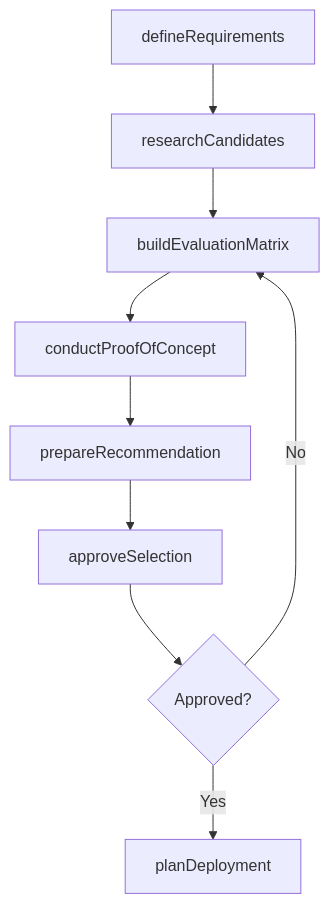
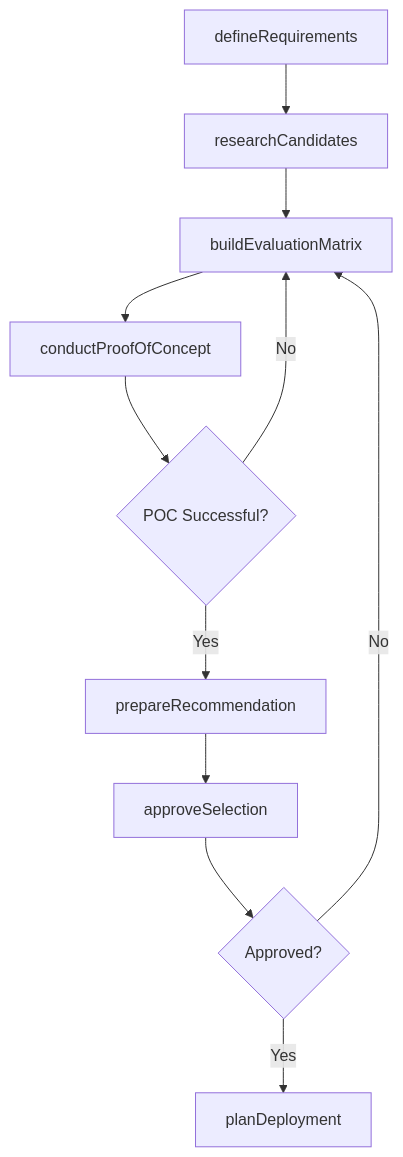
Before and after one commit to dot-org-ai/tasks.org.ai: the third of 4 diagrams in MakingDecisionsAndSolvingProblems/SelectMaterialsOrEquipmentForOperationsOrProjects/SelectToolsEquipmentTechnologiesUse.mdx, drawn with Mermaid. The commit also changed other lines of this file and 71 other files, not shown here.

Commit message:
feat: Add ER diagrams, state diagrams to 72 more DWA task files (wave 2 continued)

````diff
--- a/MakingDecisionsAndSolvingProblems/SelectMaterialsOrEquipmentForOperationsOrProjects/SelectToolsEquipmentTechnologiesUse.mdx
+++ b/MakingDecisionsAndSolvingProblems/SelectMaterialsOrEquipmentForOperationsOrProjects/SelectToolsEquipmentTechnologiesUse.mdx
@@ -86,11 +113,13 @@
 ```mermaid
 graph TD
     A[defineRequirements] --> B[researchCandidates]
     B --> C[buildEvaluationMatrix]
     C --> D[conductProofOfConcept]
-    D --> E[prepareRecommendation]
-    E --> F[approveSelection]
-    F --> G{Approved?}
-    G -->|Yes| H[planDeployment]
-    G -->|No| C
+    D --> E{POC Successful?}
+    E -->|Yes| F[prepareRecommendation]
+    E -->|No| C
+    F --> G[approveSelection]
+    G --> H{Approved?}
+    H -->|Yes| I[planDeployment]
+    H -->|No| C
 ```
````
